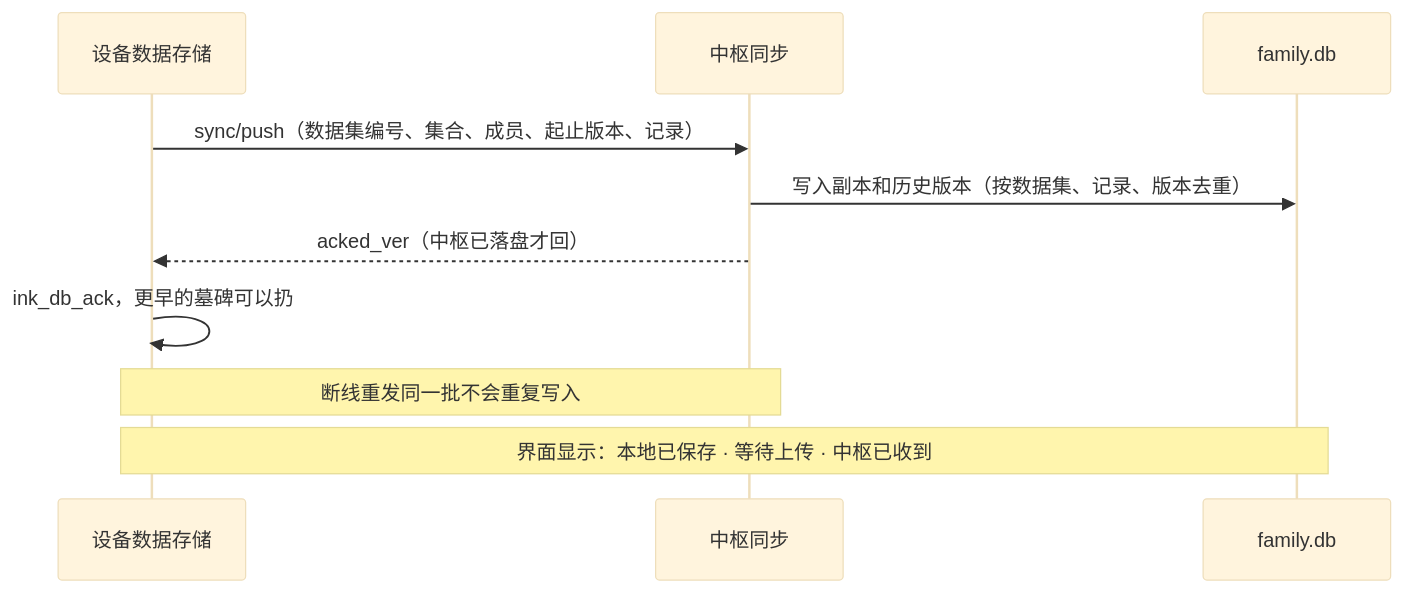
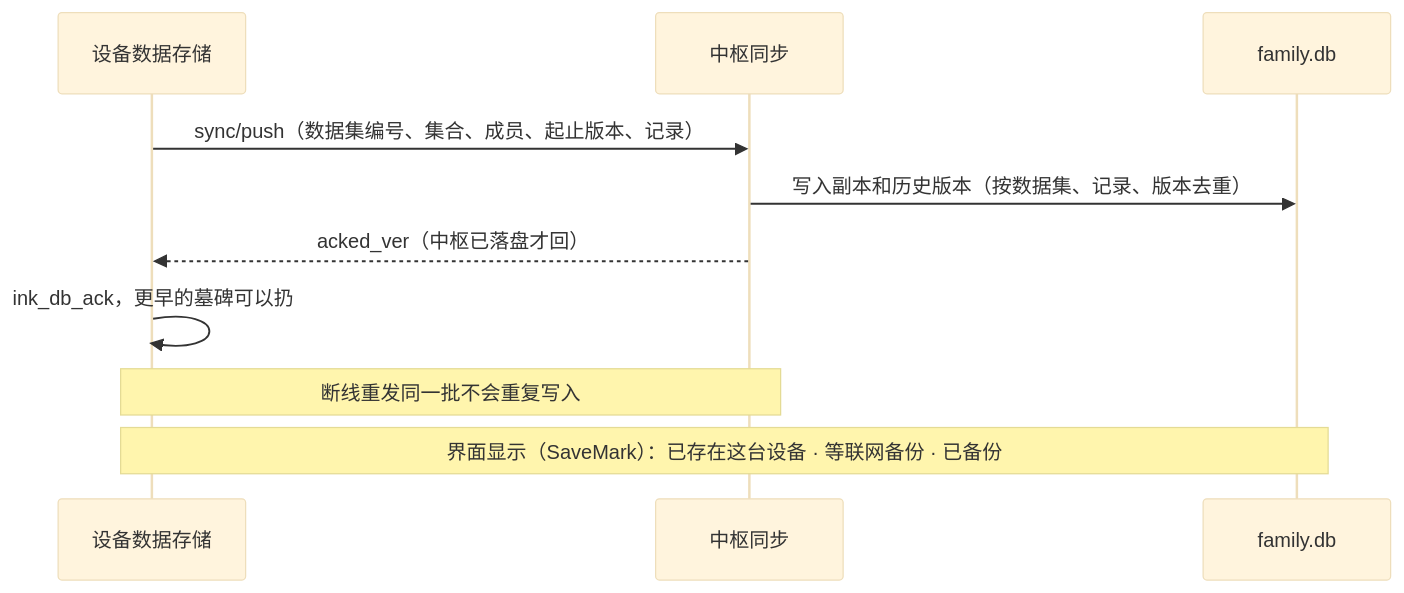
Diagram 12 of 19 in docs/hub/hub-architecture.md (Gidean-zcx/ink), drawn with Mermaid (base theme) before and after one commit. The commit also changed other lines of this file and 5 other files, not shown here.

````diff
--- a/docs/hub/hub-architecture.md
+++ b/docs/hub/hub-architecture.md
@@ -922,12 +922,12 @@
 ```mermaid
 sequenceDiagram
   participant S as 设备数据存储
   participant G as 中枢同步
   participant F as family.db
   S->>G: sync/push（数据集编号、集合、成员、起止版本、记录）
   G->>F: 写入副本和历史版本（按数据集、记录、版本去重）
   G-->>S: acked_ver（中枢已落盘才回）
   S->>S: ink_db_ack，更早的墓碑可以扔
   Note over S,G: 断线重发同一批不会重复写入
-  Note over S,F: 界面显示：本地已保存 · 等待上传 · 中枢已收到
+  Note over S,F: 界面显示（SaveMark）：已存在这台设备 · 等联网备份 · 已备份
 ```
````
